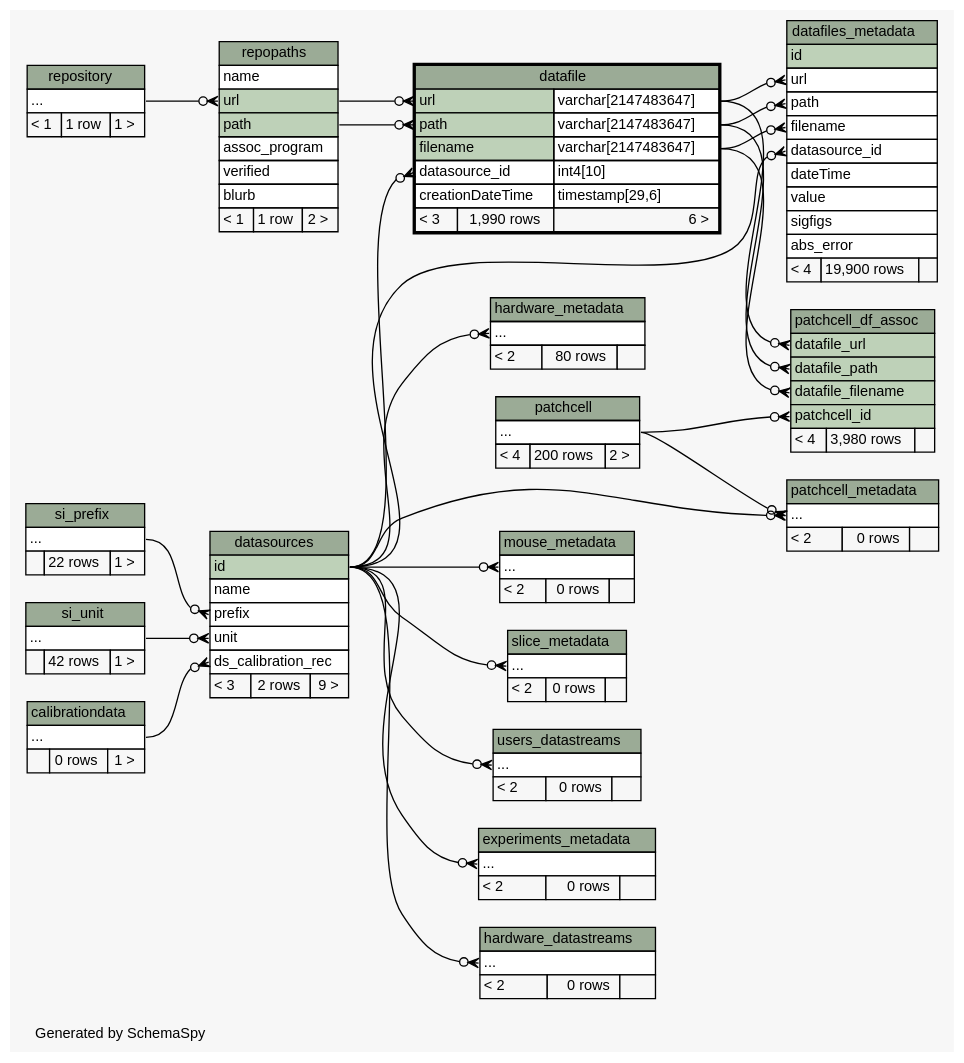
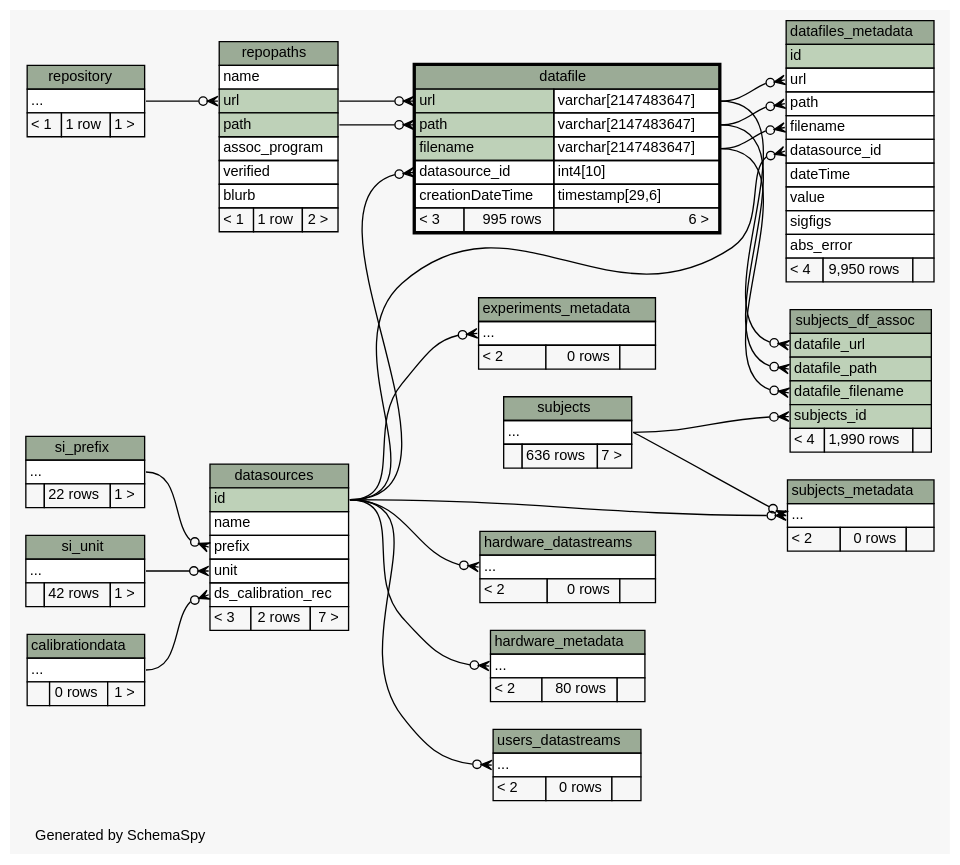
The diagram in database/ss/diagrams/datafile.2degrees.dot (tgbugs/mlab), drawn with Graphviz before and after one commit. The commit also changed 292 other files, not shown here.

```diff
--- a/database/ss/diagrams/datafile.2degrees.dot
+++ b/database/ss/diagrams/datafile.2degrees.dot
@@ -1,4 +1,4 @@
-// dot 2.32.0 on Windows 7 6.1
+// dot 2.34.0 on Windows 7 6.1
 // SchemaSpy rev 590
 digraph "twoDegreesRelationshipsDiagram" {
   graph [
@@ -32,15 +32,13 @@
   "experiments_metadata":"elipses":w -> "datasources":"id":e [arrowhead=none dir=back arrowtail=crowodot];
   "hardware_datastreams":"elipses":w -> "datasources":"id":e [arrowhead=none dir=back arrowtail=crowodot];
   "hardware_metadata":"elipses":w -> "datasources":"id":e [arrowhead=none dir=back arrowtail=crowodot];
-  "mouse_metadata":"elipses":w -> "datasources":"id":e [arrowhead=none dir=back arrowtail=crowodot];
-  "patchcell_df_assoc":"datafile_filename":w -> "datafile":"filename.type":e [arrowhead=none dir=back arrowtail=crowodot];
-  "patchcell_df_assoc":"datafile_path":w -> "datafile":"path.type":e [arrowhead=none dir=back arrowtail=crowodot];
-  "patchcell_df_assoc":"datafile_url":w -> "datafile":"url.type":e [arrowhead=none dir=back arrowtail=crowodot];
-  "patchcell_df_assoc":"patchcell_id":w -> "patchcell":"elipses":e [arrowhead=none dir=back arrowtail=crowodot];
-  "patchcell_metadata":"elipses":w -> "datasources":"id":e [arrowhead=none dir=back arrowtail=crowodot];
-  "patchcell_metadata":"elipses":w -> "patchcell":"elipses":e [arrowhead=none dir=back arrowtail=crowodot];
   "repopaths":"url":w -> "repository":"elipses":e [arrowhead=none dir=back arrowtail=crowodot];
-  "slice_metadata":"elipses":w -> "datasources":"id":e [arrowhead=none dir=back arrowtail=crowodot];
+  "subjects_df_assoc":"datafile_filename":w -> "datafile":"filename.type":e [arrowhead=none dir=back arrowtail=crowodot];
+  "subjects_df_assoc":"datafile_path":w -> "datafile":"path.type":e [arrowhead=none dir=back arrowtail=crowodot];
+  "subjects_df_assoc":"datafile_url":w -> "datafile":"url.type":e [arrowhead=none dir=back arrowtail=crowodot];
+  "subjects_df_assoc":"subjects_id":w -> "subjects":"elipses":e [arrowhead=none dir=back arrowtail=crowodot];
+  "subjects_metadata":"elipses":w -> "datasources":"id":e [arrowhead=none dir=back arrowtail=crowodot];
+  "subjects_metadata":"elipses":w -> "subjects":"elipses":e [arrowhead=none dir=back arrowtail=crowodot];
   "users_datastreams":"elipses":w -> "datasources":"id":e [arrowhead=none dir=back arrowtail=crowodot];
   "calibrationdata" [
     label=<
@@ -61,7 +59,7 @@
       <TR><TD PORT="filename" COLSPAN="2" BGCOLOR="#bed1b8" ALIGN="LEFT">filename</TD><TD PORT="filename.type" ALIGN="LEFT">varchar[2147483647]</TD></TR>
       <TR><TD PORT="datasource_id" COLSPAN="2" ALIGN="LEFT">datasource_id</TD><TD PORT="datasource_id.type" ALIGN="LEFT">int4[10]</TD></TR>
       <TR><TD PORT="creationDateTime" COLSPAN="2" ALIGN="LEFT">creationDateTime</TD><TD PORT="creationDateTime.type" ALIGN="LEFT">timestamp[29,6]</TD></TR>
-      <TR><TD ALIGN="LEFT" BGCOLOR="#f7f7f7">&lt; 3</TD><TD ALIGN="RIGHT" BGCOLOR="#f7f7f7">1,990 rows</TD><TD ALIGN="RIGHT" BGCOLOR="#f7f7f7">6 &gt;</TD></TR>
+      <TR><TD ALIGN="LEFT" BGCOLOR="#f7f7f7">&lt; 3</TD><TD ALIGN="RIGHT" BGCOLOR="#f7f7f7">995 rows</TD><TD ALIGN="RIGHT" BGCOLOR="#f7f7f7">6 &gt;</TD></TR>
     </TABLE>>
     URL="datafile.html"
     tooltip="datafile"
@@ -79,7 +77,7 @@
       <TR><TD PORT="value" COLSPAN="3" ALIGN="LEFT">value</TD></TR>
       <TR><TD PORT="sigfigs" COLSPAN="3" ALIGN="LEFT">sigfigs</TD></TR>
       <TR><TD PORT="abs_error" COLSPAN="3" ALIGN="LEFT">abs_error</TD></TR>
-      <TR><TD ALIGN="LEFT" BGCOLOR="#f7f7f7">&lt; 4</TD><TD ALIGN="RIGHT" BGCOLOR="#f7f7f7">19,900 rows</TD><TD ALIGN="RIGHT" BGCOLOR="#f7f7f7">  </TD></TR>
+      <TR><TD ALIGN="LEFT" BGCOLOR="#f7f7f7">&lt; 4</TD><TD ALIGN="RIGHT" BGCOLOR="#f7f7f7">9,950 rows</TD><TD ALIGN="RIGHT" BGCOLOR="#f7f7f7">  </TD></TR>
     </TABLE>>
     URL="datafiles_metadata.html"
     tooltip="datafiles_metadata"
@@ -93,7 +91,7 @@
       <TR><TD PORT="prefix" COLSPAN="3" ALIGN="LEFT">prefix</TD></TR>
       <TR><TD PORT="unit" COLSPAN="3" ALIGN="LEFT">unit</TD></TR>
       <TR><TD PORT="ds_calibration_rec" COLSPAN="3" ALIGN="LEFT">ds_calibration_rec</TD></TR>
-      <TR><TD ALIGN="LEFT" BGCOLOR="#f7f7f7">&lt; 3</TD><TD ALIGN="RIGHT" BGCOLOR="#f7f7f7">2 rows</TD><TD ALIGN="RIGHT" BGCOLOR="#f7f7f7">9 &gt;</TD></TR>
+      <TR><TD ALIGN="LEFT" BGCOLOR="#f7f7f7">&lt; 3</TD><TD ALIGN="RIGHT" BGCOLOR="#f7f7f7">2 rows</TD><TD ALIGN="RIGHT" BGCOLOR="#f7f7f7">7 &gt;</TD></TR>
     </TABLE>>
     URL="datasources.html"
     tooltip="datasources"
@@ -127,49 +125,6 @@
     </TABLE>>
     URL="hardware_metadata.html"
     tooltip="hardware_metadata"
-  ];
-  "mouse_metadata" [
-    label=<
-    <TABLE BORDER="0" CELLBORDER="1" CELLSPACING="0" BGCOLOR="#ffffff">
-      <TR><TD COLSPAN="3" BGCOLOR="#9bab96" ALIGN="CENTER">mouse_metadata</TD></TR>
-      <TR><TD PORT="elipses" COLSPAN="3" ALIGN="LEFT">...</TD></TR>
-      <TR><TD ALIGN="LEFT" BGCOLOR="#f7f7f7">&lt; 2</TD><TD ALIGN="RIGHT" BGCOLOR="#f7f7f7">0 rows</TD><TD ALIGN="RIGHT" BGCOLOR="#f7f7f7">  </TD></TR>
-    </TABLE>>
-    URL="mouse_metadata.html"
-    tooltip="mouse_metadata"
-  ];
-  "patchcell" [
-    label=<
-    <TABLE BORDER="0" CELLBORDER="1" CELLSPACING="0" BGCOLOR="#ffffff">
-      <TR><TD COLSPAN="3" BGCOLOR="#9bab96" ALIGN="CENTER">patchcell</TD></TR>
-      <TR><TD PORT="elipses" COLSPAN="3" ALIGN="LEFT">...</TD></TR>
-      <TR><TD ALIGN="LEFT" BGCOLOR="#f7f7f7">&lt; 4</TD><TD ALIGN="RIGHT" BGCOLOR="#f7f7f7">200 rows</TD><TD ALIGN="RIGHT" BGCOLOR="#f7f7f7">2 &gt;</TD></TR>
-    </TABLE>>
-    URL="patchcell.html"
-    tooltip="patchcell"
-  ];
-  "patchcell_df_assoc" [
-    label=<
-    <TABLE BORDER="0" CELLBORDER="1" CELLSPACING="0" BGCOLOR="#ffffff">
-      <TR><TD COLSPAN="3" BGCOLOR="#9bab96" ALIGN="CENTER">patchcell_df_assoc</TD></TR>
-      <TR><TD PORT="datafile_url" COLSPAN="3" BGCOLOR="#bed1b8" ALIGN="LEFT">datafile_url</TD></TR>
-      <TR><TD PORT="datafile_path" COLSPAN="3" BGCOLOR="#bed1b8" ALIGN="LEFT">datafile_path</TD></TR>
-      <TR><TD PORT="datafile_filename" COLSPAN="3" BGCOLOR="#bed1b8" ALIGN="LEFT">datafile_filename</TD></TR>
-      <TR><TD PORT="patchcell_id" COLSPAN="3" BGCOLOR="#bed1b8" ALIGN="LEFT">patchcell_id</TD></TR>
-      <TR><TD ALIGN="LEFT" BGCOLOR="#f7f7f7">&lt; 4</TD><TD ALIGN="RIGHT" BGCOLOR="#f7f7f7">3,980 rows</TD><TD ALIGN="RIGHT" BGCOLOR="#f7f7f7">  </TD></TR>
-    </TABLE>>
-    URL="patchcell_df_assoc.html"
-    tooltip="patchcell_df_assoc"
-  ];
-  "patchcell_metadata" [
-    label=<
-    <TABLE BORDER="0" CELLBORDER="1" CELLSPACING="0" BGCOLOR="#ffffff">
-      <TR><TD COLSPAN="3" BGCOLOR="#9bab96" ALIGN="CENTER">patchcell_metadata</TD></TR>
-      <TR><TD PORT="elipses" COLSPAN="3" ALIGN="LEFT">...</TD></TR>
-      <TR><TD ALIGN="LEFT" BGCOLOR="#f7f7f7">&lt; 2</TD><TD ALIGN="RIGHT" BGCOLOR="#f7f7f7">0 rows</TD><TD ALIGN="RIGHT" BGCOLOR="#f7f7f7">  </TD></TR>
-    </TABLE>>
-    URL="patchcell_metadata.html"
-    tooltip="patchcell_metadata"
   ];
   "repopaths" [
     label=<
@@ -216,15 +171,38 @@
     URL="si_unit.html"
     tooltip="si_unit"
   ];
-  "slice_metadata" [
+  "subjects" [
     label=<
     <TABLE BORDER="0" CELLBORDER="1" CELLSPACING="0" BGCOLOR="#ffffff">
-      <TR><TD COLSPAN="3" BGCOLOR="#9bab96" ALIGN="CENTER">slice_metadata</TD></TR>
+      <TR><TD COLSPAN="3" BGCOLOR="#9bab96" ALIGN="CENTER">subjects</TD></TR>
+      <TR><TD PORT="elipses" COLSPAN="3" ALIGN="LEFT">...</TD></TR>
+      <TR><TD ALIGN="LEFT" BGCOLOR="#f7f7f7">  </TD><TD ALIGN="RIGHT" BGCOLOR="#f7f7f7">636 rows</TD><TD ALIGN="RIGHT" BGCOLOR="#f7f7f7">7 &gt;</TD></TR>
+    </TABLE>>
+    URL="subjects.html"
+    tooltip="subjects"
+  ];
+  "subjects_df_assoc" [
+    label=<
+    <TABLE BORDER="0" CELLBORDER="1" CELLSPACING="0" BGCOLOR="#ffffff">
+      <TR><TD COLSPAN="3" BGCOLOR="#9bab96" ALIGN="CENTER">subjects_df_assoc</TD></TR>
+      <TR><TD PORT="datafile_url" COLSPAN="3" BGCOLOR="#bed1b8" ALIGN="LEFT">datafile_url</TD></TR>
+      <TR><TD PORT="datafile_path" COLSPAN="3" BGCOLOR="#bed1b8" ALIGN="LEFT">datafile_path</TD></TR>
+      <TR><TD PORT="datafile_filename" COLSPAN="3" BGCOLOR="#bed1b8" ALIGN="LEFT">datafile_filename</TD></TR>
+      <TR><TD PORT="subjects_id" COLSPAN="3" BGCOLOR="#bed1b8" ALIGN="LEFT">subjects_id</TD></TR>
+      <TR><TD ALIGN="LEFT" BGCOLOR="#f7f7f7">&lt; 4</TD><TD ALIGN="RIGHT" BGCOLOR="#f7f7f7">1,990 rows</TD><TD ALIGN="RIGHT" BGCOLOR="#f7f7f7">  </TD></TR>
+    </TABLE>>
+    URL="subjects_df_assoc.html"
+    tooltip="subjects_df_assoc"
+  ];
+  "subjects_metadata" [
+    label=<
+    <TABLE BORDER="0" CELLBORDER="1" CELLSPACING="0" BGCOLOR="#ffffff">
+      <TR><TD COLSPAN="3" BGCOLOR="#9bab96" ALIGN="CENTER">subjects_metadata</TD></TR>
       <TR><TD PORT="elipses" COLSPAN="3" ALIGN="LEFT">...</TD></TR>
       <TR><TD ALIGN="LEFT" BGCOLOR="#f7f7f7">&lt; 2</TD><TD ALIGN="RIGHT" BGCOLOR="#f7f7f7">0 rows</TD><TD ALIGN="RIGHT" BGCOLOR="#f7f7f7">  </TD></TR>
     </TABLE>>
-    URL="slice_metadata.html"
-    tooltip="slice_metadata"
+    URL="subjects_metadata.html"
+    tooltip="subjects_metadata"
   ];
   "users_datastreams" [
     label=<
```
